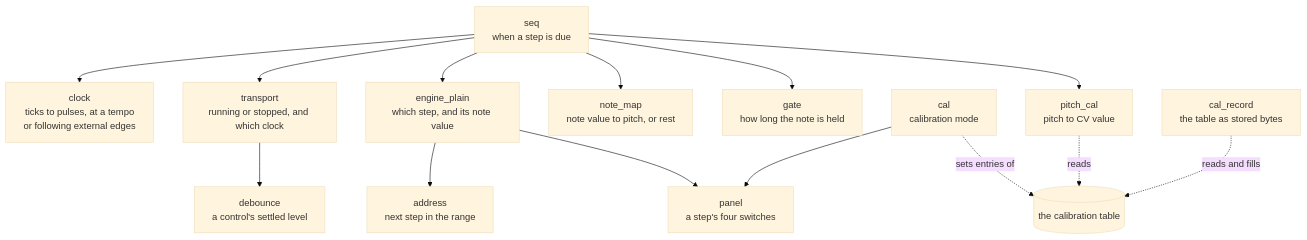
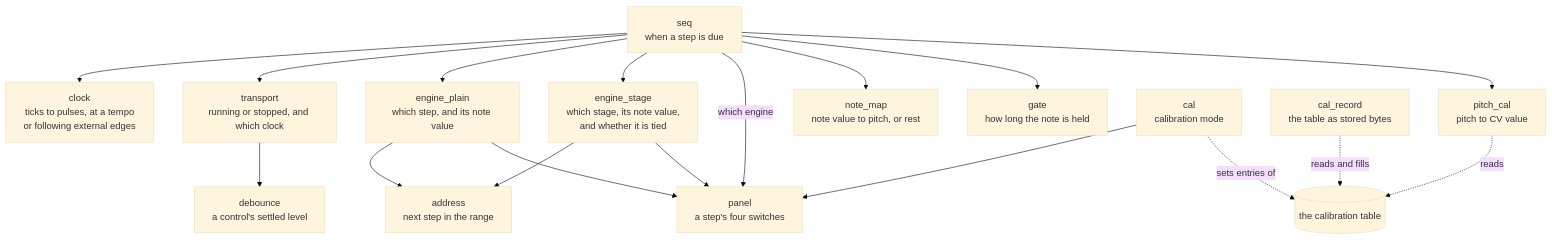
One commit to BonelessPig/nano_sequencer changed the sixth of 27 diagrams in docs/ARCHITECTURE.md. Above: the diagram before and after it, drawn with Mermaid (base theme). The commit also changed other lines of this file and 35 other files, not shown here.

First line of the commit message:
Phase 7, first piece: mode switches, a choice of engine, and the stage engine

````diff
--- a/docs/ARCHITECTURE.md
+++ b/docs/ARCHITECTURE.md
@@ -336,16 +342,20 @@
 ```mermaid
 flowchart TD
     seq["seq<br/>when a step is due"] --> clock["clock<br/>ticks to pulses, at a tempo<br/>or following external edges"]
     seq --> transport["transport<br/>running or stopped, and which clock"]
     transport --> debounce["debounce<br/>a control's settled level"]
     seq --> engine["engine_plain<br/>which step, and its note value"]
+    seq --> stage["engine_stage<br/>which stage, its note value,<br/>and whether it is tied"]
+    seq -->|"which engine"| panel
+    stage --> address
+    stage --> panel
     seq --> note["note_map<br/>note value to pitch, or rest"]
     seq --> gate["gate<br/>how long the note is held"]
     seq --> cal["pitch_cal<br/>pitch to CV value"]
     engine --> address["address<br/>next step in the range"]
     engine --> panel["panel<br/>a step's four switches"]
     calm["cal<br/>calibration mode"] --> panel
     calm -.->|"sets entries of"| table[("the calibration table")]
     cal -.->|"reads"| table
     rec["cal_record<br/>the table as stored bytes"] -.->|"reads and fills"| table
 ```
````
